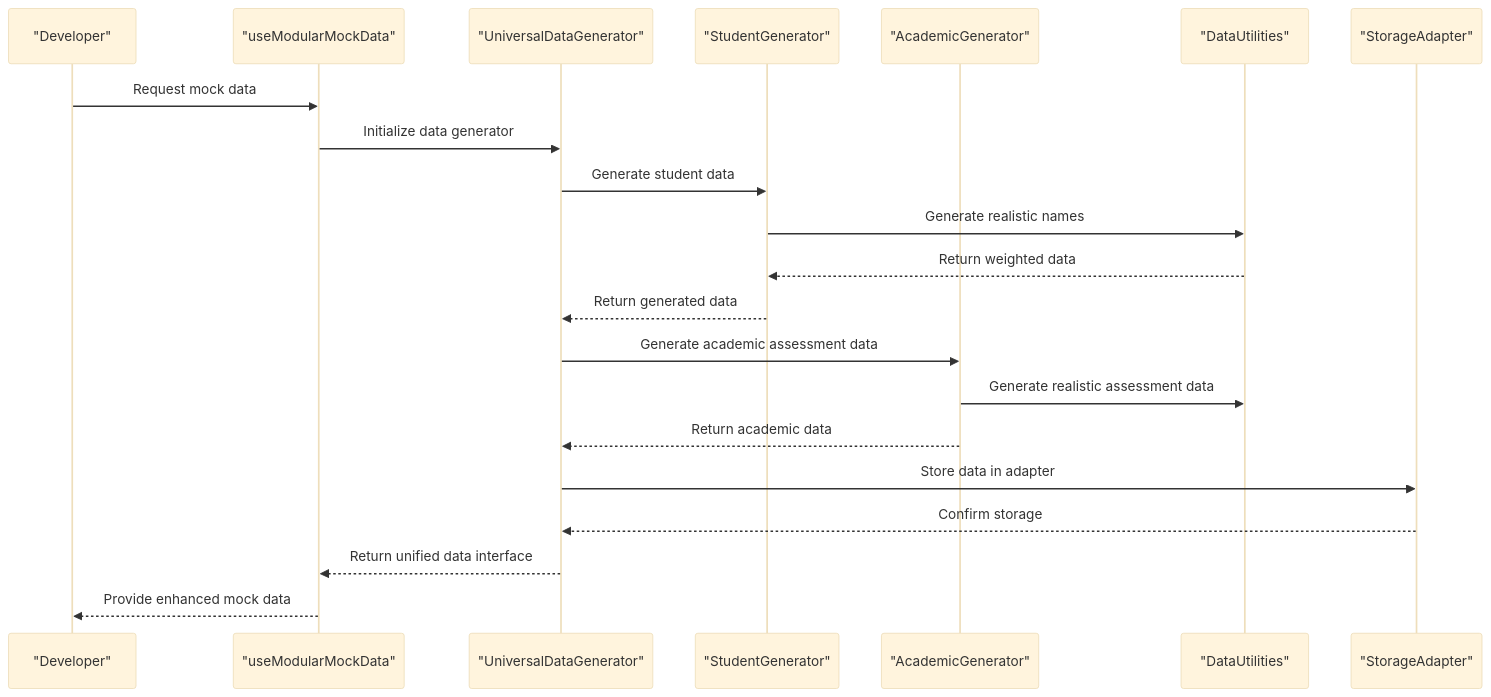
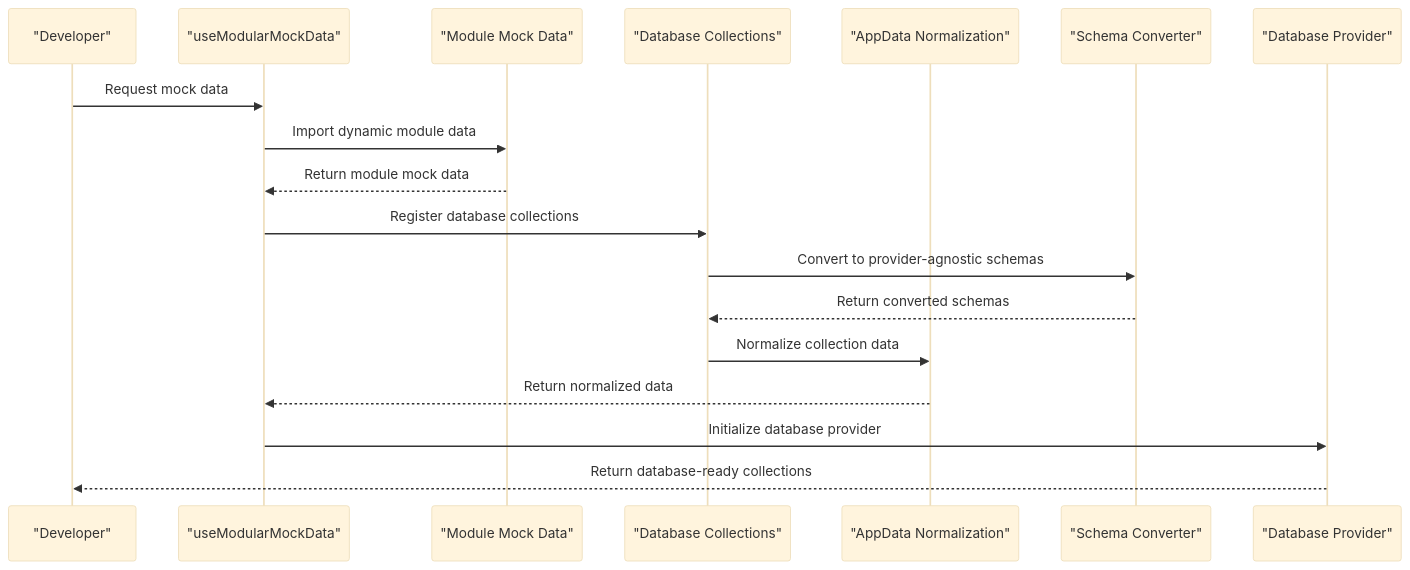
The second of 6 diagrams in .qoder/repowiki/en/content/Mock Data Dev Guide.md (geniusdynamics/schoolpilot), drawn with Mermaid (base theme) before and after one commit. The commit also changed other lines of this file and 311 other files, not shown here.

````diff
--- a/.qoder/repowiki/en/content/Mock Data Dev Guide.md
+++ b/.qoder/repowiki/en/content/Mock Data Dev Guide.md
@@ -146,23 +127,20 @@
 ```mermaid
 sequenceDiagram
 participant Dev as "Developer"
 participant Hook as "useModularMockData"
-participant Gen as "UniversalDataGenerator"
-participant StudentGen as "StudentGenerator"
-participant AcademicGen as "AcademicGenerator"
-participant Utils as "DataUtilities"
-participant Storage as "StorageAdapter"
+participant Modules as "Module Mock Data"
+participant Collections as "Database Collections"
+participant AppData as "AppData Normalization"
+participant Schema as "Schema Converter"
+participant Provider as "Database Provider"
 Dev->>Hook : Request mock data
-Hook->>Gen : Initialize data generator
-Gen->>StudentGen : Generate student data
-StudentGen->>Utils : Generate realistic names
-Utils-->>StudentGen : Return weighted data
-StudentGen-->>Gen : Return generated data
-Gen->>AcademicGen : Generate academic assessment data
-AcademicGen->>Utils : Generate realistic assessment data
-AcademicGen-->>Gen : Return academic data
-Gen->>Storage : Store data in adapter
-Storage-->>Gen : Confirm storage
-Gen-->>Hook : Return unified data interface
-Hook-->>Dev : Provide enhanced mock data
+Hook->>Modules : Import dynamic module data
+Modules-->>Hook : Return module mock data
+Hook->>Collections : Register database collections
+Collections->>Schema : Convert to provider-agnostic schemas
+Schema-->>Collections : Return converted schemas
+Collections->>AppData : Normalize collection data
+AppData-->>Hook : Return normalized data
+Hook->>Provider : Initialize database provider
+Provider-->>Dev : Return database-ready collections
 ```
````
